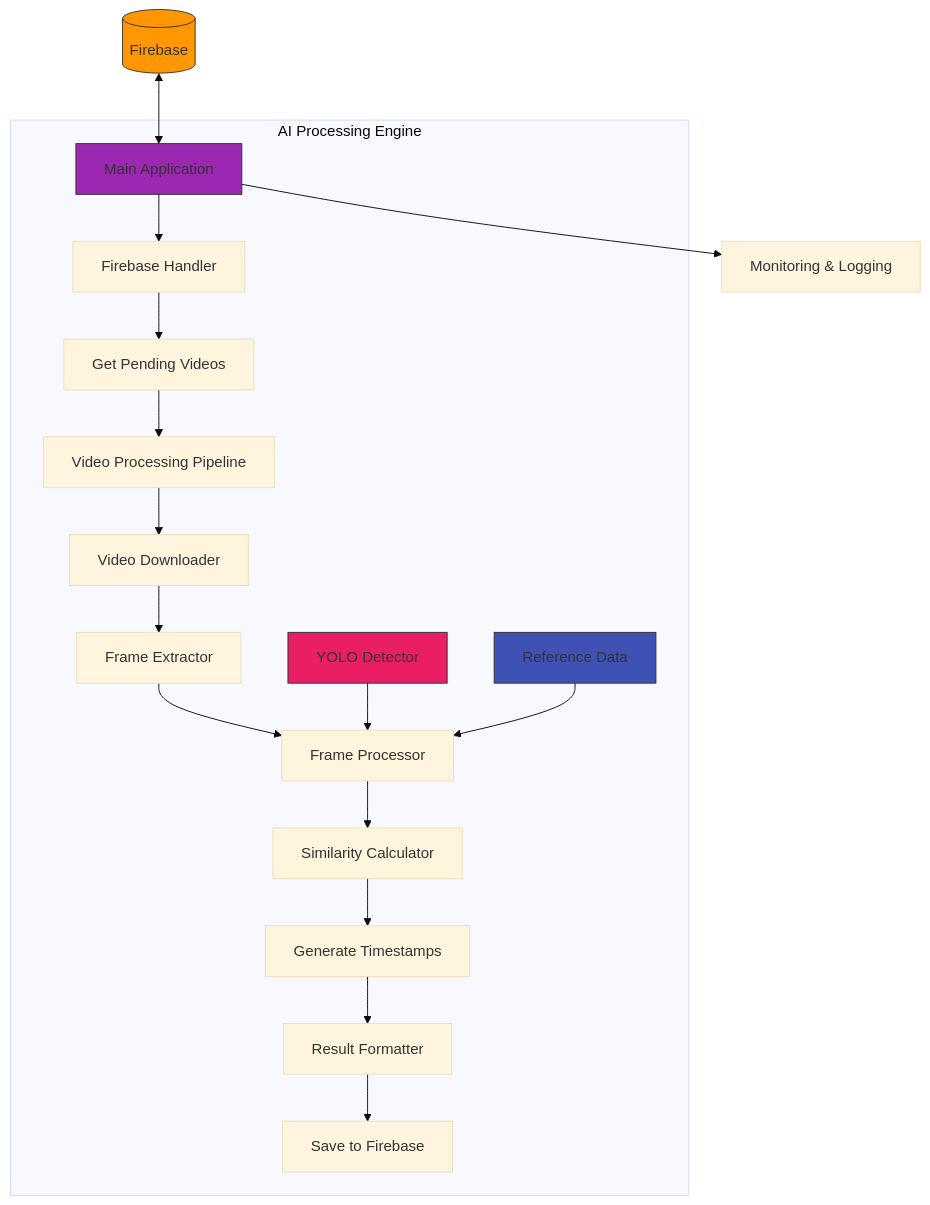
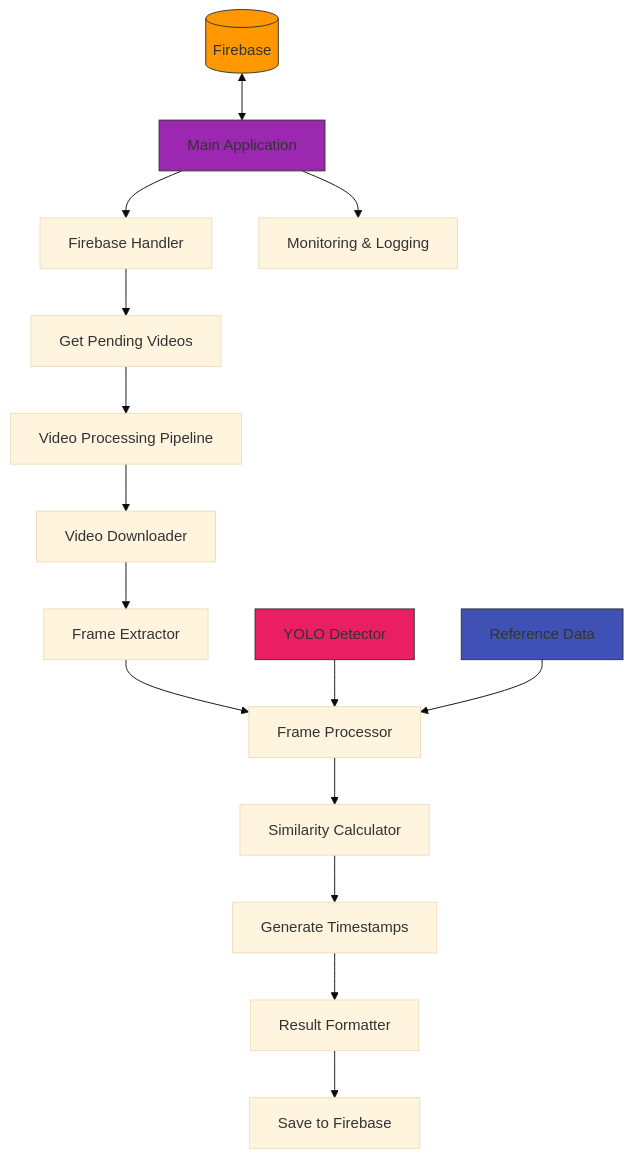
One commit to sktigpta/Gdg-Solution-Challenge changed the second of 7 diagrams in README.md. Above: the diagram before and after it, drawn with Mermaid (base theme). The commit also changed other lines of this file, not shown here.

````diff
--- a/README.md
+++ b/README.md
@@ -169,29 +169,29 @@
 ```mermaid
 flowchart TD
     A[(Firebase)] <--> B[Main Application]
-    
-    subgraph "AI Processing Engine"
-        B --> C[Firebase Handler]
-        C --> D[Get Pending Videos]
-        D --> E[Video Processing Pipeline]
-        
-        E --> F[Video Downloader]
-        F --> G[Frame Extractor]
-        G --> H[Frame Processor]
-        
-        I[YOLO Detector] --> H
-        J[Reference Data] --> H
-        
-        H --> K[Similarity Calculator]
-        K --> L[Generate Timestamps]
-        L --> M[Result Formatter]
-        M --> N[Save to Firebase]
-    end
-    
+
+    B --> C[Firebase Handler]
+    C --> D[Get Pending Videos]
+    D --> E[Video Processing Pipeline]
+
+    E --> F[Video Downloader]
+    F --> G[Frame Extractor]
+    G --> H[Frame Processor]
+
+    I[YOLO Detector] --> H
+    J[Reference Data] --> H
+
+    H --> K[Similarity Calculator]
+    K --> L[Generate Timestamps]
+    L --> M[Result Formatter]
+    M --> N[Save to Firebase]
+
     B --> O[Monitoring & Logging]
-    
+
+    %% Style Definitions
     style A fill:#FF9800,stroke:#333,stroke-width:1px
     style B fill:#9C27B0,stroke:#333,stroke-width:1px
     style I fill:#E91E63,stroke:#333,stroke-width:1px
     style J fill:#3F51B5,stroke:#333,stroke-width:1px
+
 ```
````
